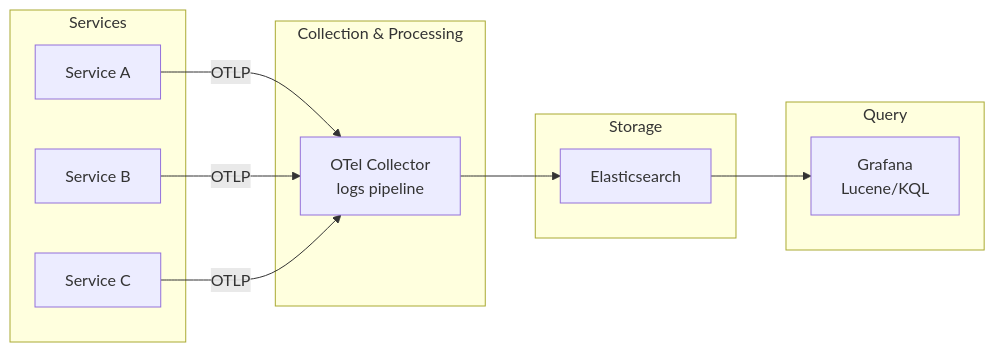
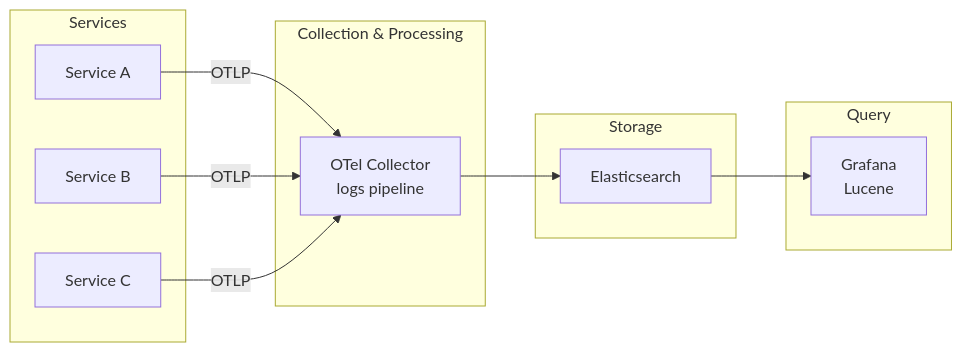
The seventh of 20 diagrams in ARCHITECTURE.md (tordynnar/architecture_ideas), drawn with Mermaid before and after one commit. The commit also changed other lines of this file, not shown here.

Commit message:
Fix query language reference: Lucene/KQL -> Lucene
KQL is Kibana-specific; Grafana uses Lucene query syntax for Elasticsearch.

````diff
--- a/ARCHITECTURE.md
+++ b/ARCHITECTURE.md
@@ -346,26 +346,26 @@
 ```mermaid
 flowchart LR
     subgraph "Services"
         S1[Service A]
         S2[Service B]
         S3[Service C]
     end
 
     subgraph "Collection & Processing"
         OTEL[OTel Collector<br/>logs pipeline]
     end
 
     subgraph "Storage"
         ES[Elasticsearch]
     end
 
     subgraph "Query"
-        GRAFANA[Grafana<br/>Lucene/KQL]
+        GRAFANA[Grafana<br/>Lucene]
     end
 
     S1 -->|OTLP| OTEL
     S2 -->|OTLP| OTEL
     S3 -->|OTLP| OTEL
     OTEL --> ES
     ES --> GRAFANA
 ```
````
